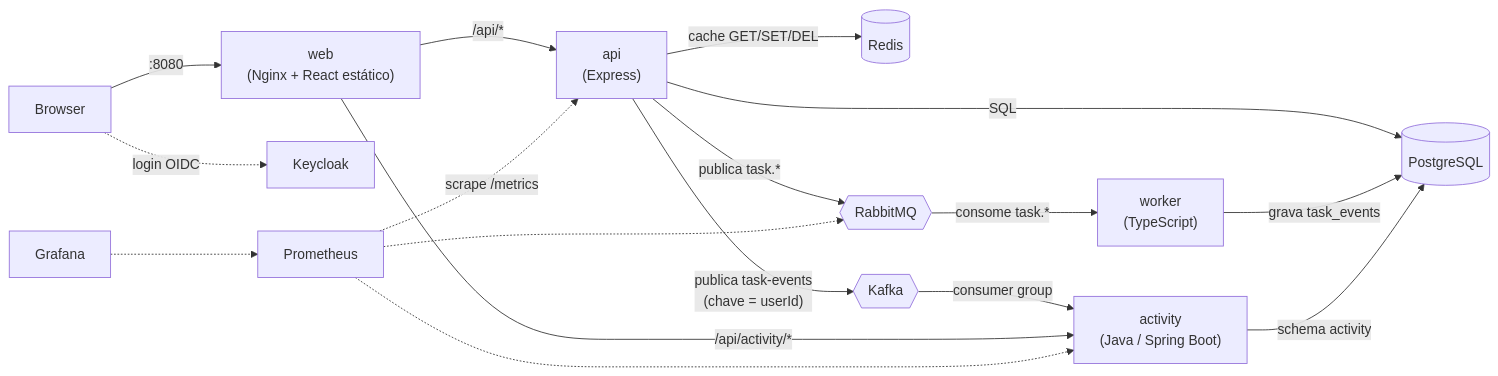
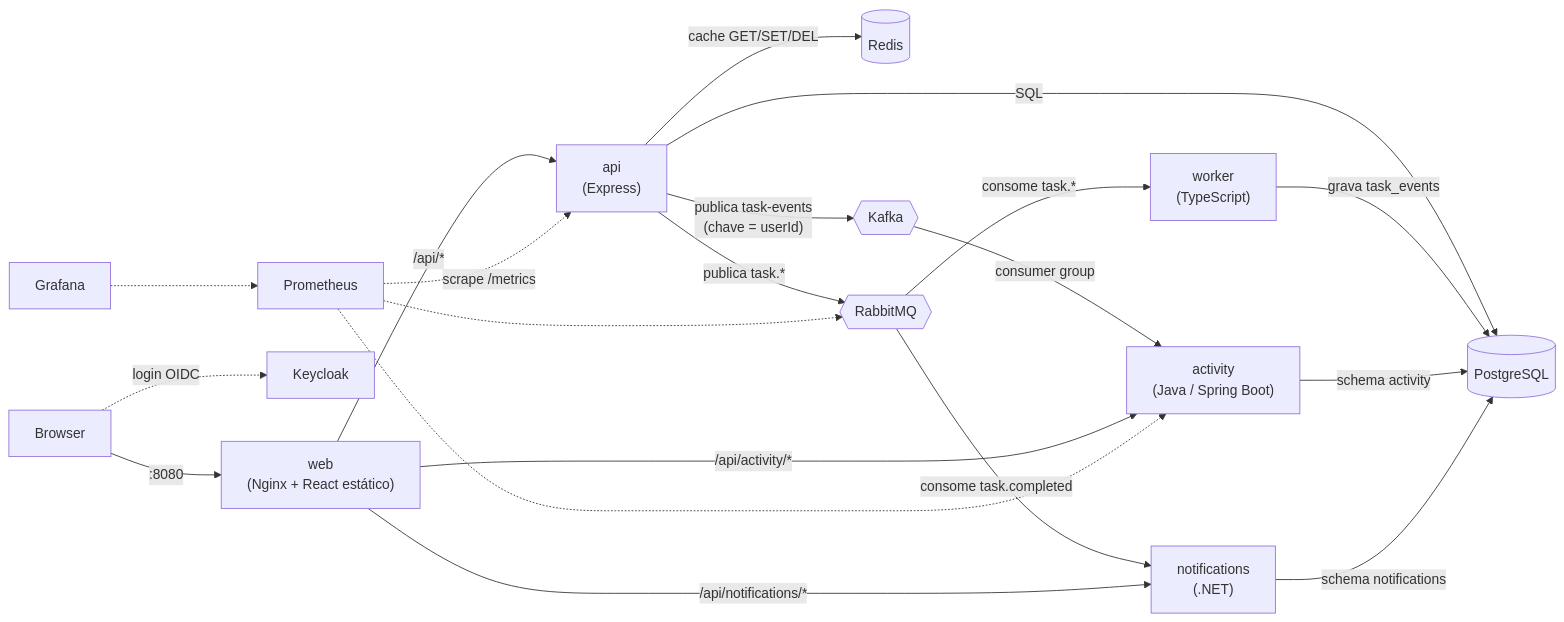
The diagram in docs/00-indice.md (bernardoam05/Claude-Workshop), drawn with Mermaid before and after one commit. The commit also changed other lines of this file and 30 other files, not shown here.

````diff
--- a/docs/00-indice.md
+++ b/docs/00-indice.md
@@ -71,19 +71,22 @@
 ```mermaid
 flowchart LR
   B[Browser] -->|:8080| W["web<br/>(Nginx + React estático)"]
   W -->|"/api/*"| A["api<br/>(Express)"]
   A -->|SQL| P[(PostgreSQL)]
   A -->|"cache GET/SET/DEL"| R[(Redis)]
   A -->|"publica task.*"| Q{{RabbitMQ}}
   Q -->|"consome task.*"| K["worker<br/>(TypeScript)"]
   K -->|"grava task_events"| P
   A -->|"publica task-events<br/>(chave = userId)"| KF{{Kafka}}
   KF -->|"consumer group"| J["activity<br/>(Java / Spring Boot)"]
   J -->|"schema activity"| P
   W -->|"/api/activity/*"| J
+  Q -->|"consome task.completed"| NO["notifications<br/>(.NET)"]
+  NO -->|"schema notifications"| P
+  W -->|"/api/notifications/*"| NO
   B -.->|"login OIDC"| KC[Keycloak]
   PR[Prometheus] -.->|"scrape /metrics"| A
   PR -.-> J
   PR -.-> Q
   G[Grafana] -.-> PR
 ```
````
